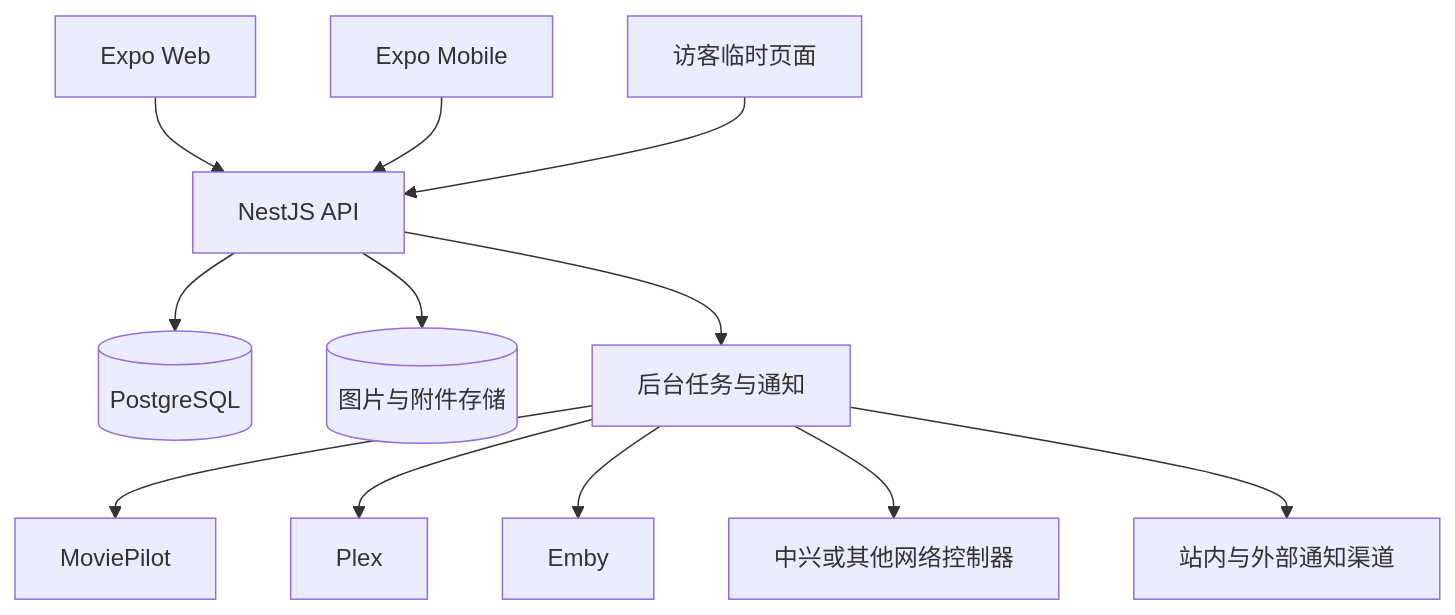
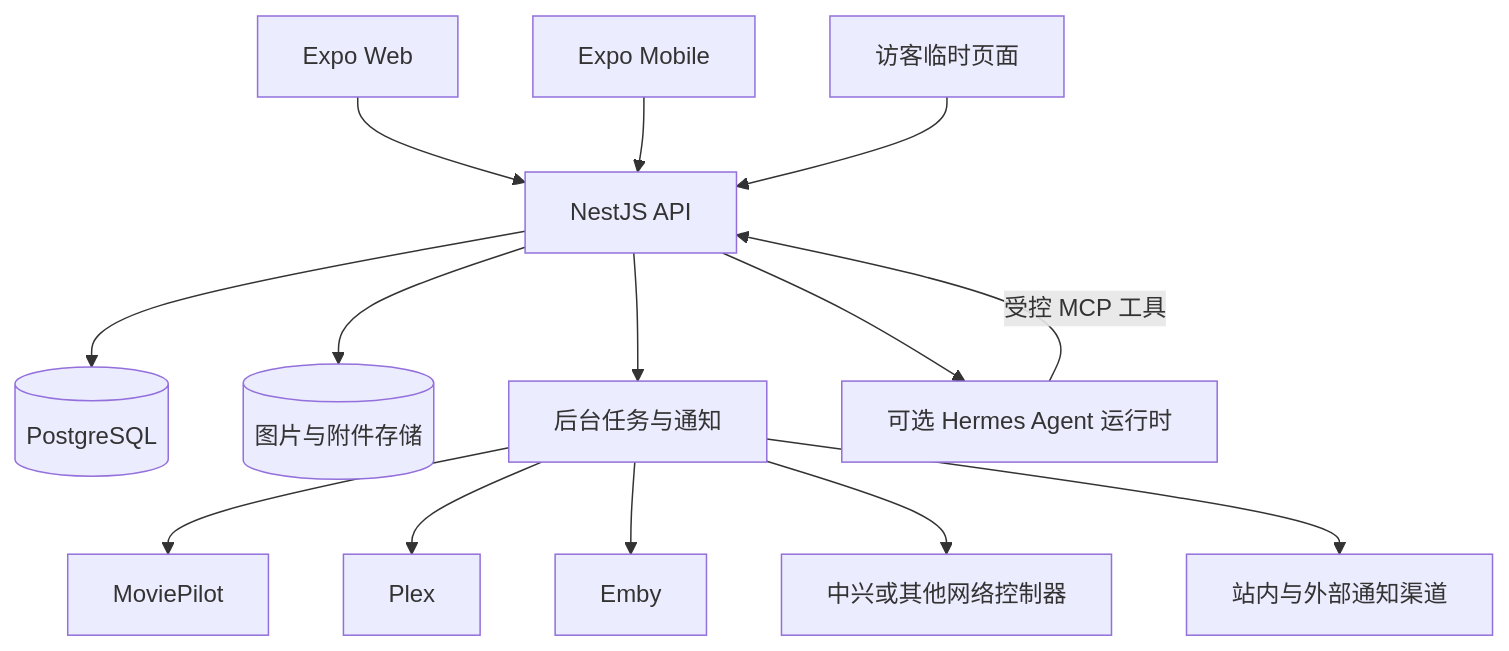
The diagram in docs/family-platform-plan.md (cnxin/family-app), drawn with Mermaid before and after one commit. The commit also changed other lines of this file and 1 other file, not shown here.

````diff
--- a/docs/family-platform-plan.md
+++ b/docs/family-platform-plan.md
@@ -76,16 +79,18 @@
 ```mermaid
 flowchart TB
   Web[Expo Web] --> API[NestJS API]
   Mobile[Expo Mobile] --> API
   Guest[访客临时页面] --> API
 
   API --> DB[(PostgreSQL)]
   API --> Assets[(图片与附件存储)]
   API --> Jobs[后台任务与通知]
+  API --> Agent[可选 Hermes Agent 运行时]
+  Agent -->|受控 MCP 工具| API
 
   Jobs --> MP[MoviePilot]
   Jobs --> Plex[Plex]
   Jobs --> Emby[Emby]
   Jobs --> Network[中兴或其他网络控制器]
   Jobs --> Notify[站内与外部通知渠道]
 ```
````
